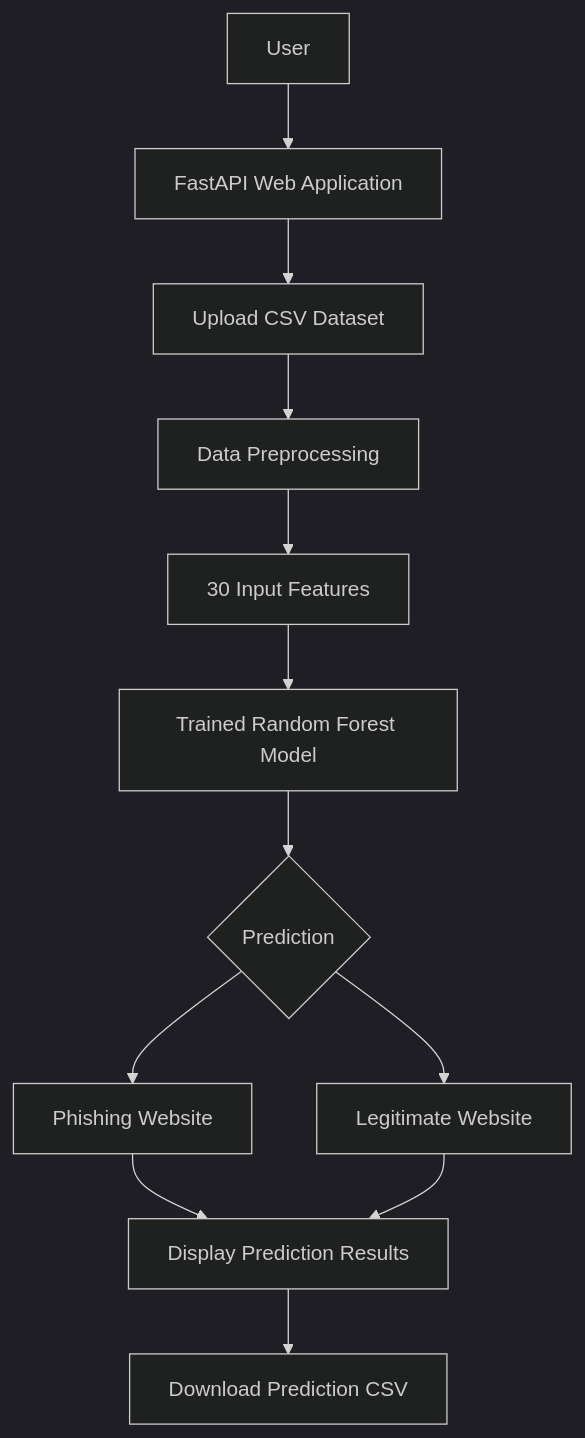
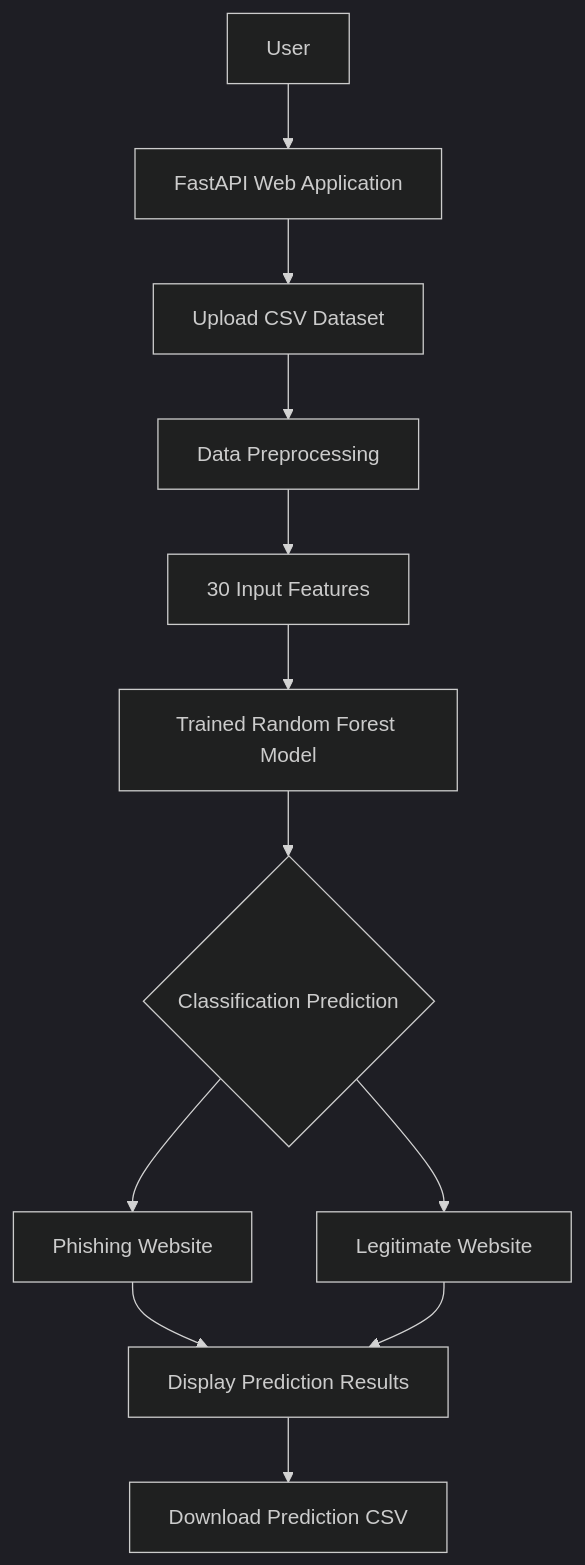
Before and after one commit to Ravinuthala-Venkata-Siva-Prasad/Network-Security: the first of 2 diagrams in README.md, drawn with Mermaid (dark theme). The commit also changed other lines of this file, not shown here.

````diff
--- a/README.md
+++ b/README.md
@@ -119,24 +142,24 @@
 ```mermaid
 flowchart TD
     A[User] --> B[FastAPI Web Application]
 
     B --> C[Upload CSV Dataset]
 
     C --> D[Data Preprocessing]
 
     D --> E[30 Input Features]
 
     E --> F[Trained Random Forest Model]
 
-    F --> G{Prediction}
+    F --> G{Classification Prediction}
 
     G --> H[Phishing Website]
 
     G --> I[Legitimate Website]
 
     H --> J[Display Prediction Results]
 
     I --> J
 
     J --> K[Download Prediction CSV]
 ```
````
